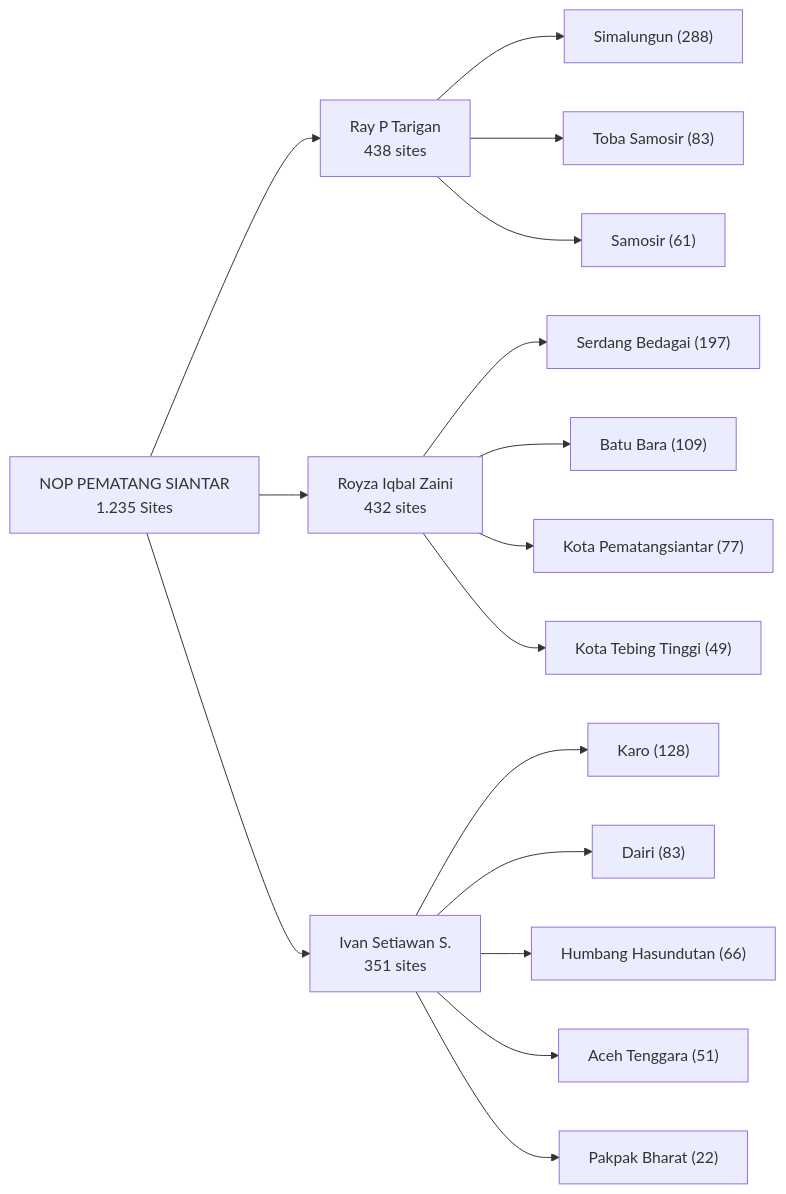
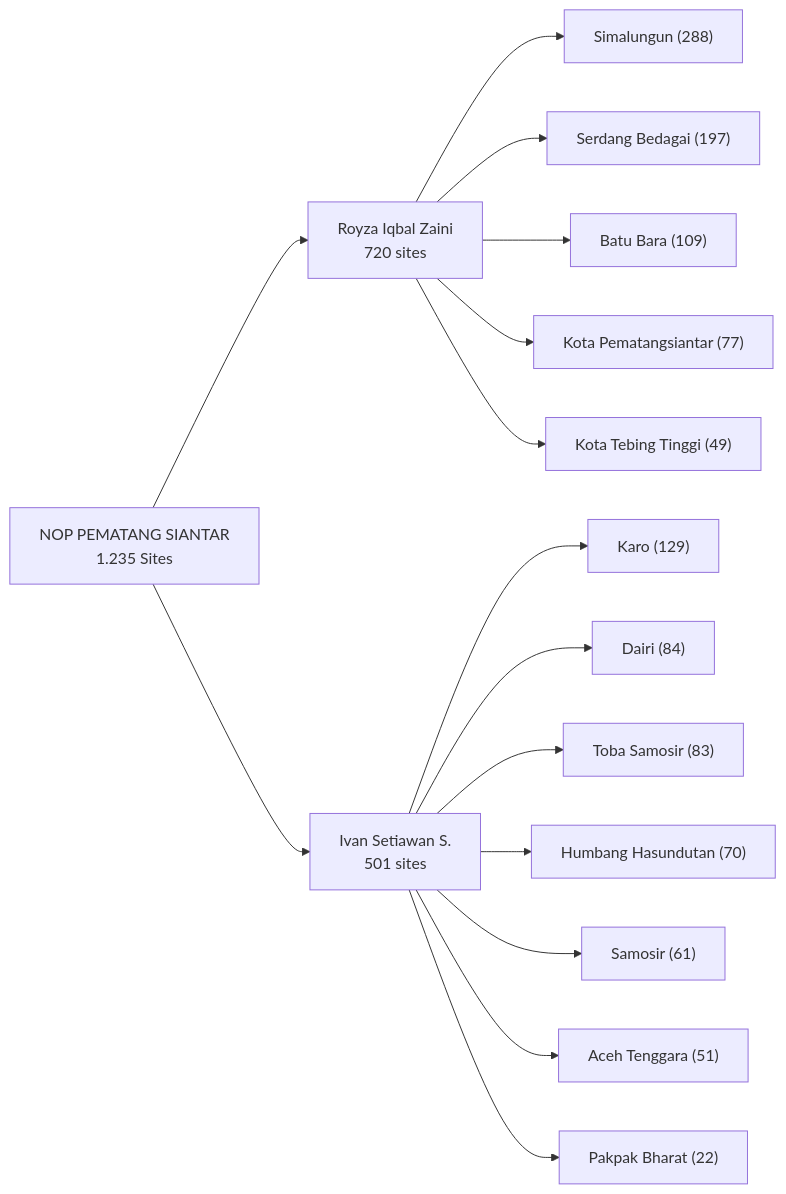
The fifth of 6 diagrams in docs/PIC_CLUSTER_AREA.md (rifqiyafik/send-ccm-tickets), drawn with Mermaid before and after one commit. The commit also changed other lines of this file and 2 other files, not shown here.

Commit message:
data: update NOP Pematang Siantar site assignments and cluster area documentation

````diff
--- a/docs/PIC_CLUSTER_AREA.md
+++ b/docs/PIC_CLUSTER_AREA.md
@@ -290,26 +289,23 @@
 ```mermaid
 graph LR
     NOP_PMS["NOP PEMATANG SIANTAR<br/>1.235 Sites"]
-    RPT["Ray P Tarigan<br/>438 sites"]
-    RIZ["Royza Iqbal Zaini<br/>432 sites"]
-    ISS["Ivan Setiawan S.<br/>351 sites"]
+    RIZ["Royza Iqbal Zaini<br/>720 sites"]
+    ISS["Ivan Setiawan S.<br/>501 sites"]
     
-    NOP_PMS --> RPT
     NOP_PMS --> RIZ
     NOP_PMS --> ISS
     
-    RPT --> RPT1["Simalungun (288)"]
-    RPT --> RPT2["Toba Samosir (83)"]
-    RPT --> RPT3["Samosir (61)"]
+    RIZ --> RIZ1["Simalungun (288)"]
+    RIZ --> RIZ2["Serdang Bedagai (197)"]
+    RIZ --> RIZ3["Batu Bara (109)"]
+    RIZ --> RIZ4["Kota Pematangsiantar (77)"]
+    RIZ --> RIZ5["Kota Tebing Tinggi (49)"]
     
-    RIZ --> RIZ1["Serdang Bedagai (197)"]
-    RIZ --> RIZ2["Batu Bara (109)"]
-    RIZ --> RIZ3["Kota Pematangsiantar (77)"]
-    RIZ --> RIZ4["Kota Tebing Tinggi (49)"]
-    
-    ISS --> ISS1["Karo (128)"]
-    ISS --> ISS2["Dairi (83)"]
-    ISS --> ISS3["Humbang Hasundutan (66)"]
-    ISS --> ISS4["Aceh Tenggara (51)"]
-    ISS --> ISS5["Pakpak Bharat (22)"]
+    ISS --> ISS1["Karo (129)"]
+    ISS --> ISS2["Dairi (84)"]
+    ISS --> ISS3["Toba Samosir (83)"]
+    ISS --> ISS4["Humbang Hasundutan (70)"]
+    ISS --> ISS5["Samosir (61)"]
+    ISS --> ISS6["Aceh Tenggara (51)"]
+    ISS --> ISS7["Pakpak Bharat (22)"]
 ```
````
